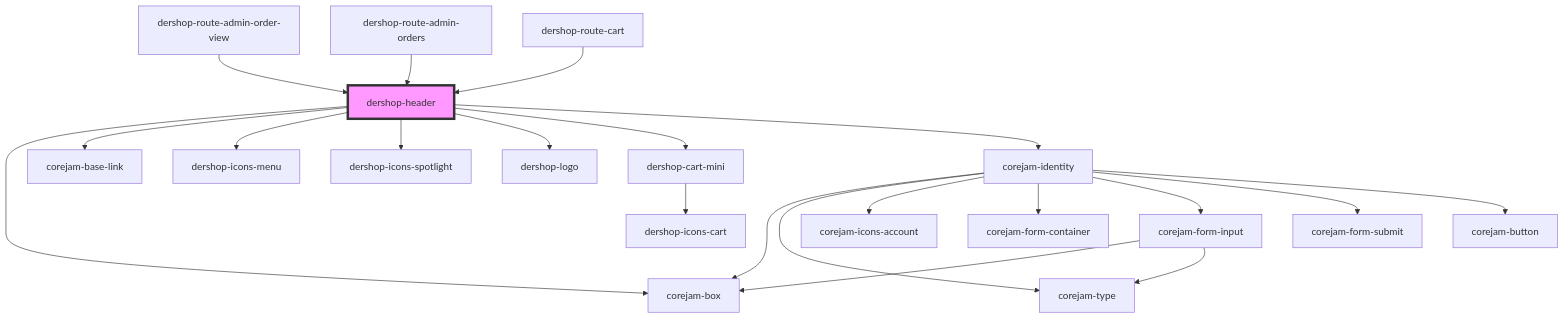
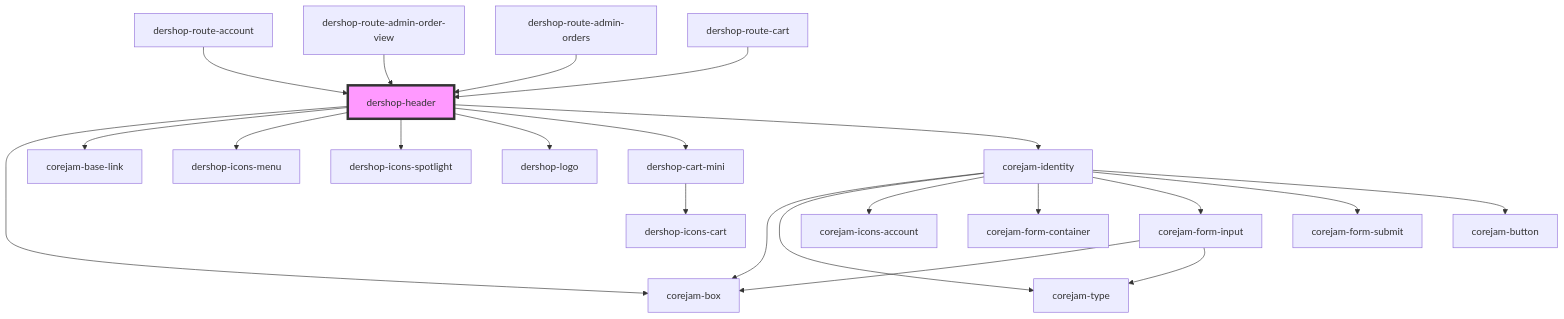
Before and after one commit to corejam/corejam: the diagram in packages/plugins/dershop/app/components/dershop-header/readme.md, drawn with Mermaid. The commit also changed other lines of this file and 3 other files, not shown here.

````diff
--- a/packages/plugins/dershop/app/components/dershop-header/readme.md
+++ b/packages/plugins/dershop/app/components/dershop-header/readme.md
@@ -36,24 +37,25 @@
 ```mermaid
 graph TD;
   dershop-header --> corejam-box
   dershop-header --> corejam-base-link
   dershop-header --> dershop-icons-menu
   dershop-header --> dershop-icons-spotlight
   dershop-header --> dershop-logo
   dershop-header --> dershop-cart-mini
   dershop-header --> corejam-identity
   dershop-cart-mini --> dershop-icons-cart
   corejam-identity --> corejam-box
   corejam-identity --> corejam-type
   corejam-identity --> corejam-icons-account
   corejam-identity --> corejam-form-container
   corejam-identity --> corejam-form-input
   corejam-identity --> corejam-form-submit
   corejam-identity --> corejam-button
   corejam-form-input --> corejam-box
   corejam-form-input --> corejam-type
+  dershop-route-account --> dershop-header
   dershop-route-admin-order-view --> dershop-header
   dershop-route-admin-orders --> dershop-header
   dershop-route-cart --> dershop-header
   style dershop-header fill:#f9f,stroke:#333,stroke-width:4px
 ```
````
